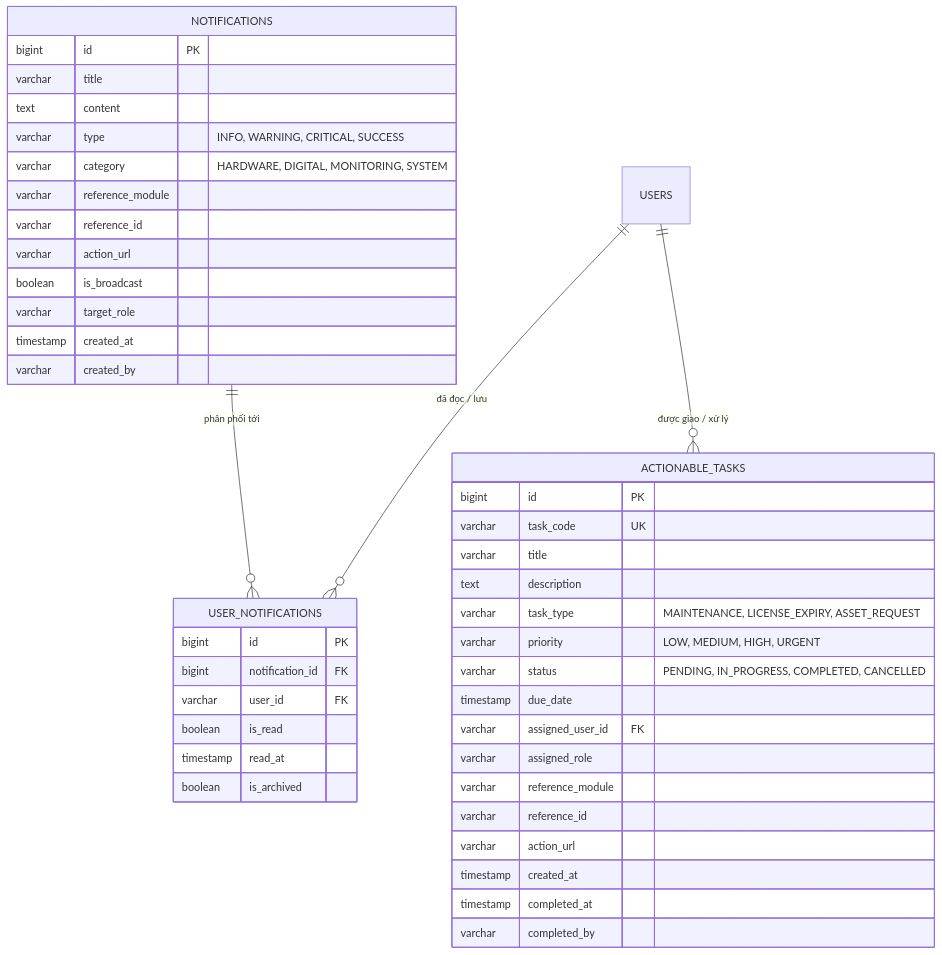
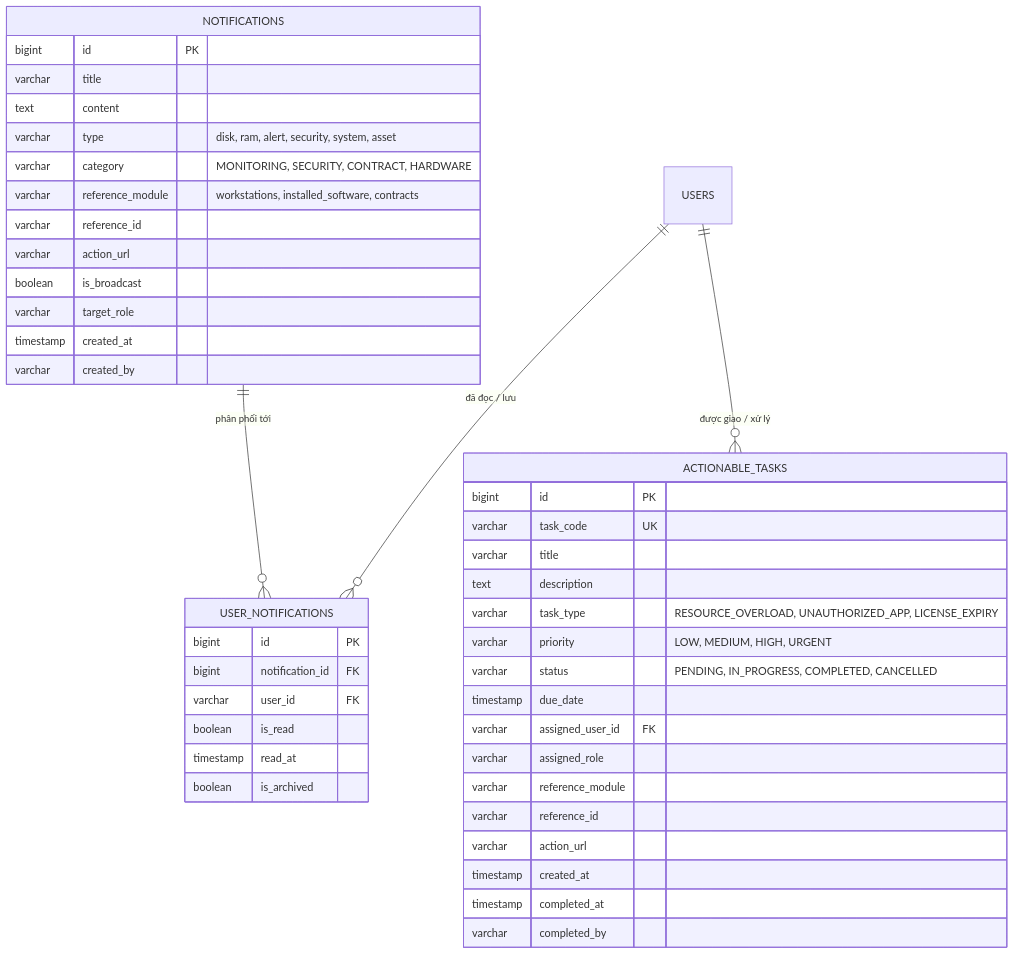
One commit to NguyenCong2806/aims-admin-frontend changed the second of 2 diagrams in DOCS_NOTIFICATION_AND_PENDING_TASKS_SPEC.md. Above: the diagram before and after it, drawn with Mermaid. The commit also changed other lines of this file and 2 other files, not shown here.

Commit message:
feat(header): align notifications and tasks with live telemetry alerts (RAM, Disk, Offline, Software)

````diff
--- a/DOCS_NOTIFICATION_AND_PENDING_TASKS_SPEC.md
+++ b/DOCS_NOTIFICATION_AND_PENDING_TASKS_SPEC.md
@@ -74,49 +68,49 @@
 ```mermaid
 erDiagram
     NOTIFICATIONS ||--o{ USER_NOTIFICATIONS : "phân phối tới"
     USERS ||--o{ USER_NOTIFICATIONS : "đã đọc / lưu"
     USERS ||--o{ ACTIONABLE_TASKS : "được giao / xử lý"
     
     NOTIFICATIONS {
         bigint id PK
         varchar title
         text content
-        varchar type "INFO, WARNING, CRITICAL, SUCCESS"
-        varchar category "HARDWARE, DIGITAL, MONITORING, SYSTEM"
-        varchar reference_module
+        varchar type "disk, ram, alert, security, system, asset"
+        varchar category "MONITORING, SECURITY, CONTRACT, HARDWARE"
+        varchar reference_module "workstations, installed_software, contracts"
         varchar reference_id
         varchar action_url
         boolean is_broadcast
         varchar target_role
         timestamp created_at
         varchar created_by
     }
 
     USER_NOTIFICATIONS {
         bigint id PK
         bigint notification_id FK
         varchar user_id FK
         boolean is_read
         timestamp read_at
         boolean is_archived
     }
 
     ACTIONABLE_TASKS {
         bigint id PK
         varchar task_code UK
         varchar title
         text description
-        varchar task_type "MAINTENANCE, LICENSE_EXPIRY, ASSET_REQUEST"
+        varchar task_type "RESOURCE_OVERLOAD, UNAUTHORIZED_APP, LICENSE_EXPIRY"
         varchar priority "LOW, MEDIUM, HIGH, URGENT"
         varchar status "PENDING, IN_PROGRESS, COMPLETED, CANCELLED"
         timestamp due_date
         varchar assigned_user_id FK
         varchar assigned_role
         varchar reference_module
         varchar reference_id
         varchar action_url
         timestamp created_at
         timestamp completed_at
         varchar completed_by
     }
 ```
````
